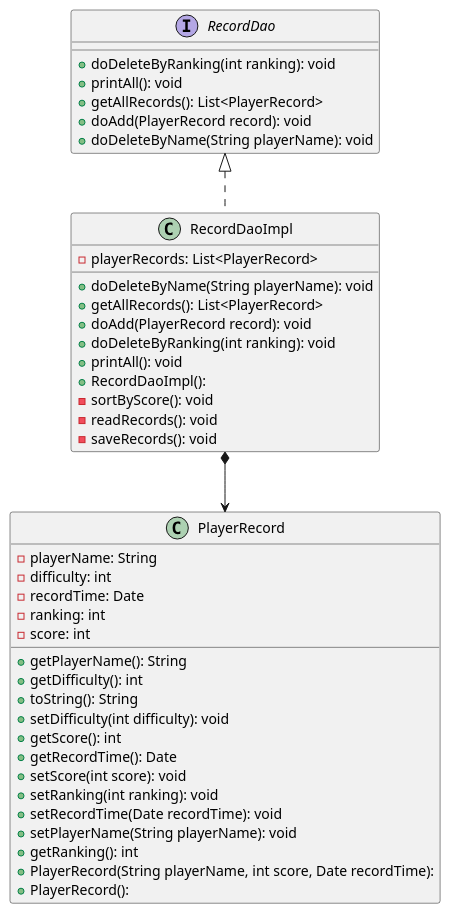
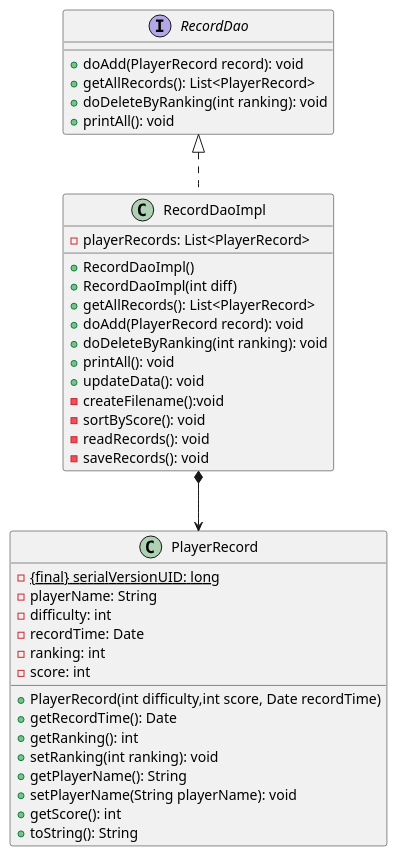
One commit to jirange/aircraft-war changed the diagram in uml/exp4-数据访问对象模式.puml. Above: the diagram before and after it, drawn with PlantUML. The commit also changed 21 other files, not shown here.

```diff
--- a/uml/exp4-数据访问对象模式.puml
+++ b/uml/exp4-数据访问对象模式.puml
@@ -1,47 +1,44 @@
 @startuml
 'https://plantuml.com/sequence-diagram
 
 class PlayerRecord {
-  - playerName: String
-  - difficulty: int
-  - recordTime: Date
-  - ranking: int
-  - score: int
-  + getPlayerName(): String
-  + getDifficulty(): int
-  + toString(): String
-  + setDifficulty(int difficulty): void
-  + getScore(): int
-  + getRecordTime(): Date
-  + setScore(int score): void
-  + setRanking(int ranking): void
-  + setRecordTime(Date recordTime): void
-  + setPlayerName(String playerName): void
-  + getRanking(): int
-  + PlayerRecord(String playerName, int score, Date recordTime):
-  + PlayerRecord():
+    - {static} {final} serialVersionUID: long
+    - playerName: String
+    - difficulty: int
+    - recordTime: Date
+    - ranking: int
+    - score: int
+    + PlayerRecord(int difficulty,int score, Date recordTime)
+    + getRecordTime(): Date
+    + getRanking(): int
+    + setRanking(int ranking): void
+    + getPlayerName(): String
+    + setPlayerName(String playerName): void
+    + getScore(): int
+    + toString(): String
 }
 interface RecordDao {
-  + doDeleteByRanking(int ranking): void
-  + printAll(): void
-  + getAllRecords(): List<PlayerRecord>
-  + doAdd(PlayerRecord record): void
-  + doDeleteByName(String playerName): void
+    + doAdd(PlayerRecord record): void
+    + getAllRecords(): List<PlayerRecord>
+    + doDeleteByRanking(int ranking): void
+    + printAll(): void
 }
 class RecordDaoImpl {
-  - playerRecords: List<PlayerRecord>
-  + doDeleteByName(String playerName): void
-  + getAllRecords(): List<PlayerRecord>
-  + doAdd(PlayerRecord record): void
-  + doDeleteByRanking(int ranking): void
-  + printAll(): void
-  + RecordDaoImpl():
-  - sortByScore(): void
-  - readRecords(): void
-  - saveRecords(): void
+    - playerRecords: List<PlayerRecord>
+    + RecordDaoImpl()
+    + RecordDaoImpl(int diff)
+    + getAllRecords(): List<PlayerRecord>
+    + doAdd(PlayerRecord record): void
+    + doDeleteByRanking(int ranking): void
+    + printAll(): void
+    + updateData(): void
+    - createFilename():void
+    - sortByScore(): void
+    - readRecords(): void
+    - saveRecords(): void
 }
 
 RecordDaoImpl  *-->  PlayerRecord
 RecordDao  <|.. RecordDaoImpl
 
 @enduml
```
